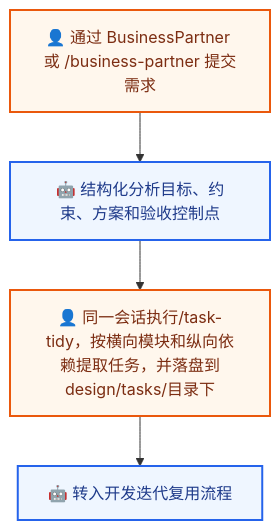
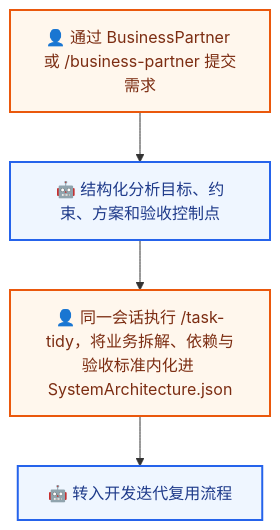
One commit to derekhu0002/Argo changed the first of 5 diagrams in README.md. Above: the diagram before and after it, drawn with Mermaid. The commit also changed other lines of this file and 7 other files, not shown here.

````diff
--- a/README.md
+++ b/README.md
@@ -69,10 +69,10 @@
 ```mermaid
 flowchart TD
     A[👤 通过 BusinessPartner 或 /business-partner 提交需求] --> B[🤖 结构化分析目标、约束、方案和验收控制点]
-    B --> D[👤 同一会话执行/task-tidy，按横向模块和纵向依赖提取任务，并落盘到design/tasks/目录下]
+    B --> D[👤 同一会话执行 /task-tidy，将业务拆解、依赖与验收标准内化进 SystemArchitecture.json]
     D --> E[🤖 转入开发迭代复用流程]
     classDef human fill:#fff7ed,stroke:#ea580c,color:#7c2d12,stroke-width:2px
     classDef ai fill:#eff6ff,stroke:#2563eb,color:#1e3a8a,stroke-width:2px
     class A,D human
     class B,E ai
 ```
````
